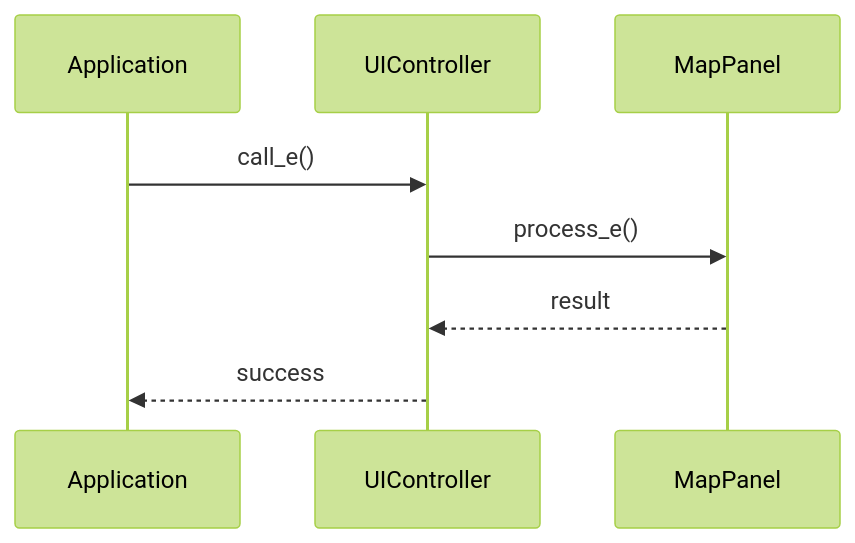
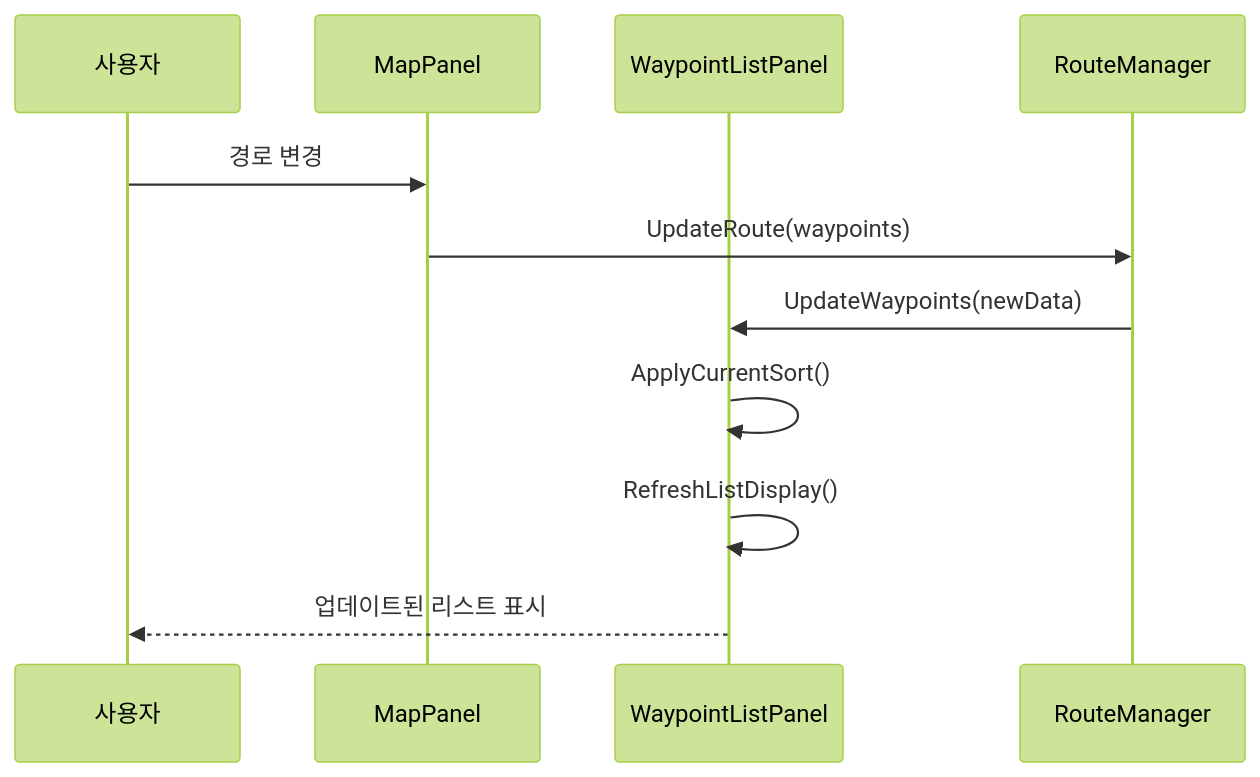
One commit to lee35460/wxTmap-Explorer-A-Tmap-Inspired-Navigation-GUI-using-OpenStreetMap changed the first of 2 diagrams in dev-logs/issue-logs/WXT-58.md. Above: the diagram before and after it, drawn with Mermaid (forest theme). The commit also changed other lines of this file and 14 other files, not shown here.

First line of the commit message:
WXT-2: feat(WXT-57, WXT-58): Implement route polyline styling and waypoint list panel UI

````diff
--- a/dev-logs/issue-logs/WXT-58.md
+++ b/dev-logs/issue-logs/WXT-58.md
@@ -62,11 +96,15 @@
 ```mermaid
 sequenceDiagram
-    participant App as Application
-    participant UI as UIController
+    participant User as 사용자
     participant MP as MapPanel
+    participant WLP as WaypointListPanel
+    participant Route as RouteManager
     
-    App->>UI: call_e()
-    UI->>MP: process_e()
-    MP-->>UI: result
-    UI-->>App: success
+    User->>MP: 경로 변경
+    MP->>Route: UpdateRoute(waypoints)
+    Route->>WLP: UpdateWaypoints(newData)
+    
+    WLP->>WLP: ApplyCurrentSort()
+    WLP->>WLP: RefreshListDisplay()
+    WLP-->>User: 업데이트된 리스트 표시
 ```
````
